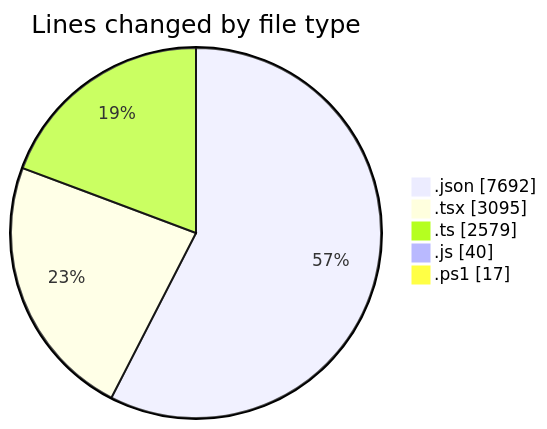
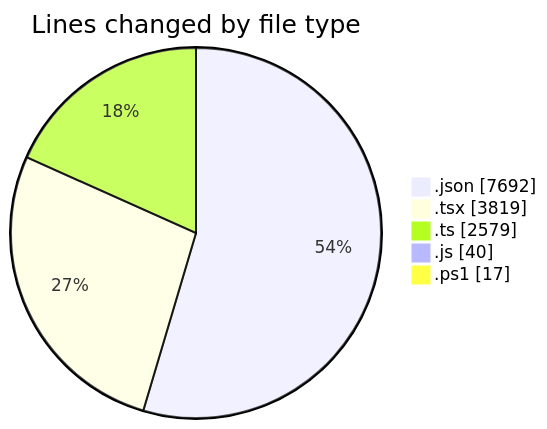
Before and after one commit to CELIANVF/code-tracking: the first of 2 diagrams in 2025-06-10/ecodeli-1/README.md, drawn with Mermaid. The commit also changed other lines of this file and 1 other file, not shown here.

````diff
--- a/2025-06-10/ecodeli-1/README.md
+++ b/2025-06-10/ecodeli-1/README.md
@@ -39,9 +41,9 @@
 ```mermaid
 pie showData
 title Lines changed by file type
 ".json" : 7692
-".tsx" : 3095
+".tsx" : 3819
 ".ts" : 2579
 ".js" : 40
 ".ps1" : 17
 ```
````
